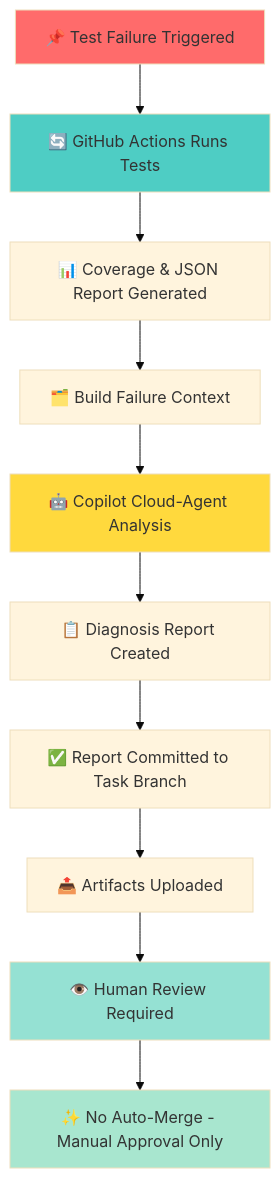
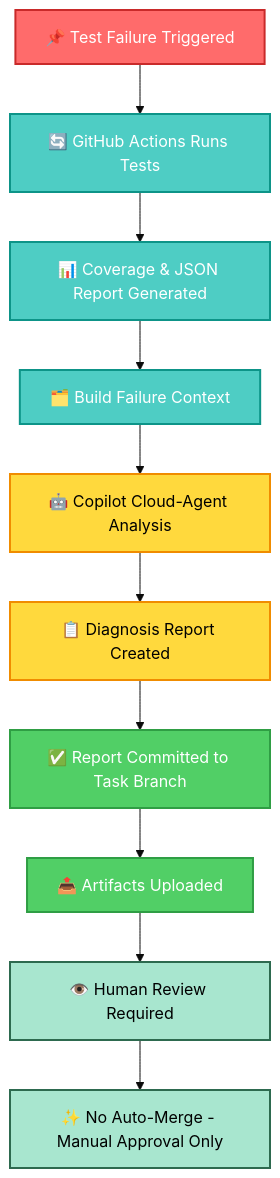
One commit to AjiKunjumon/self-healing-ci changed the first of 2 diagrams in README.md. Above: the diagram before and after it, drawn with Mermaid (base theme). The commit also changed other lines of this file, not shown here.

Commit message:
Enhance Mermaid diagrams with dark mode contrast improvements and better styling

````diff
--- a/README.md
+++ b/README.md
@@ -32,18 +32,23 @@
 ```mermaid
 graph TD
     A["📌 Test Failure Triggered"] --> B["🔄 GitHub Actions Runs Tests"]
     B --> C["📊 Coverage & JSON Report Generated"]
     C --> D["🗂️ Build Failure Context"]
     D --> E["🤖 Copilot Cloud-Agent Analysis"]
     E --> F["📋 Diagnosis Report Created"]
     F --> G["✅ Report Committed to Task Branch"]
     G --> H["📤 Artifacts Uploaded"]
     H --> I["👁️ Human Review Required"]
     I --> J["✨ No Auto-Merge - Manual Approval Only"]
     
-    style A fill:#ff6b6b
-    style B fill:#4ecdc4
-    style E fill:#ffd93d
-    style I fill:#95e1d3
-    style J fill:#a8e6cf
+    style A fill:#ff6b6b,color:#fff,stroke:#c92a2a,stroke-width:2px
+    style B fill:#4ecdc4,color:#fff,stroke:#0d9488,stroke-width:2px
+    style C fill:#4ecdc4,color:#fff,stroke:#0d9488,stroke-width:2px
+    style D fill:#4ecdc4,color:#fff,stroke:#0d9488,stroke-width:2px
+    style E fill:#ffd93d,color:#000,stroke:#f08c00,stroke-width:2px
+    style F fill:#ffd93d,color:#000,stroke:#f08c00,stroke-width:2px
+    style G fill:#51cf66,color:#fff,stroke:#2f9e44,stroke-width:2px
+    style H fill:#51cf66,color:#fff,stroke:#2f9e44,stroke-width:2px
+    style I fill:#a8e6cf,color:#000,stroke:#2d6a4f,stroke-width:2px
+    style J fill:#a8e6cf,color:#000,stroke:#2d6a4f,stroke-width:2px
 ```
````
